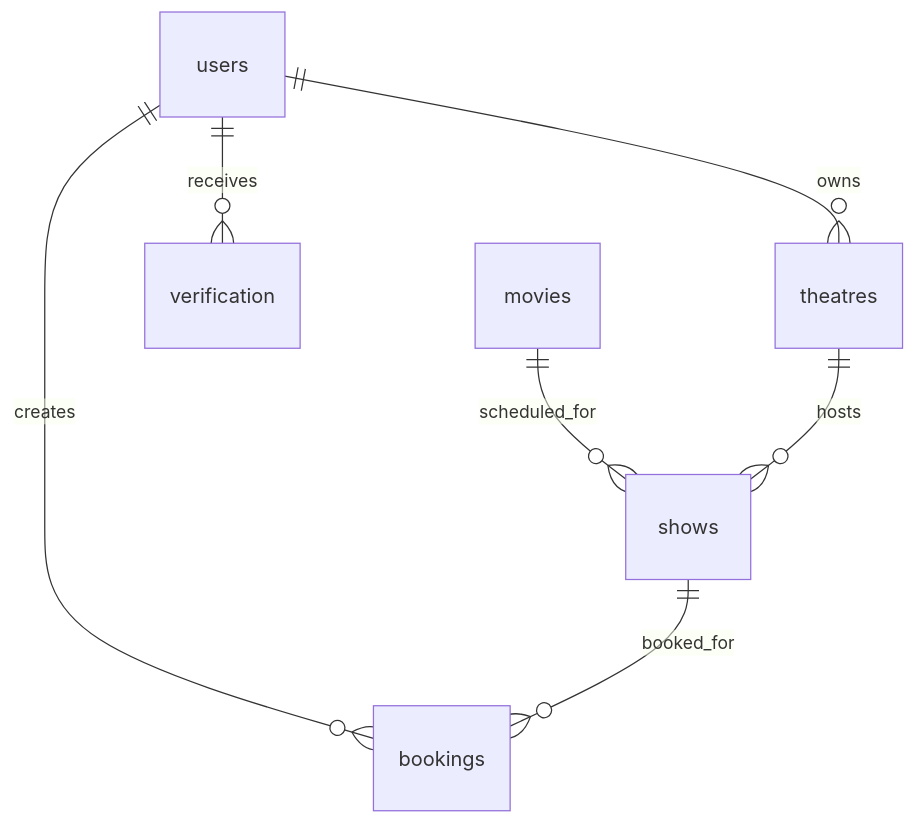
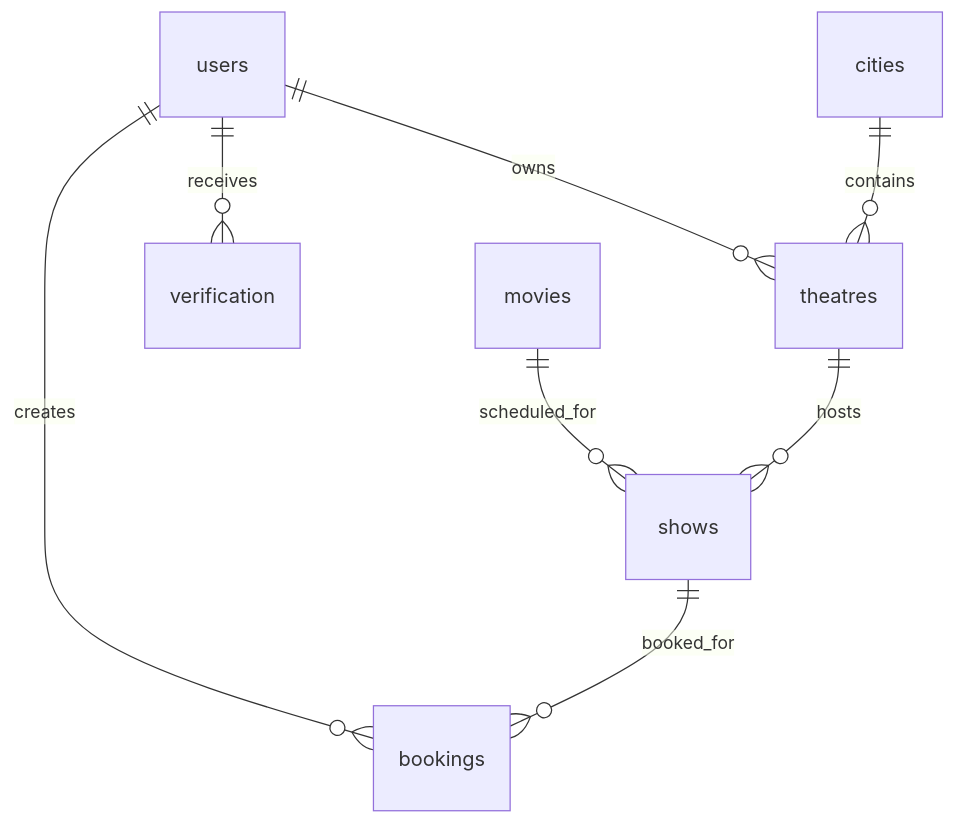
The diagram in docs/DATABASE.md (Shravan-509/BookMyShow), drawn with Mermaid before and after one commit. The commit also changed other lines of this file and 36 other files, not shown here.

````diff
--- a/docs/DATABASE.md
+++ b/docs/DATABASE.md
@@ -27,9 +28,10 @@
 ```mermaid
 erDiagram
     users ||--o{ theatres : owns
+    cities ||--o{ theatres : contains
     users ||--o{ bookings : creates
     users ||--o{ verification : receives
     movies ||--o{ shows : scheduled_for
     theatres ||--o{ shows : hosts
     shows ||--o{ bookings : booked_for
 ```
````
